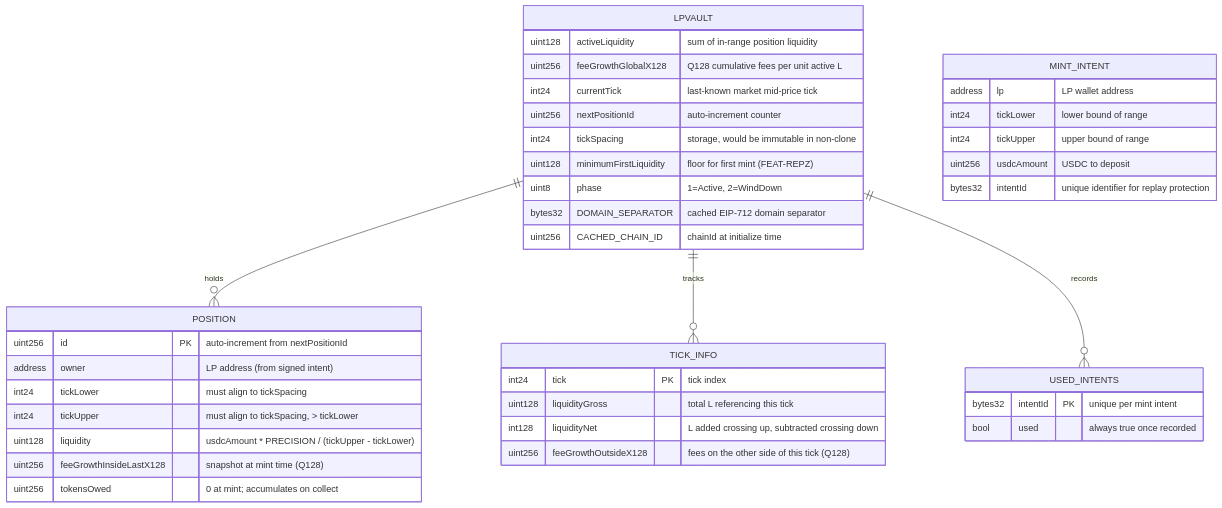
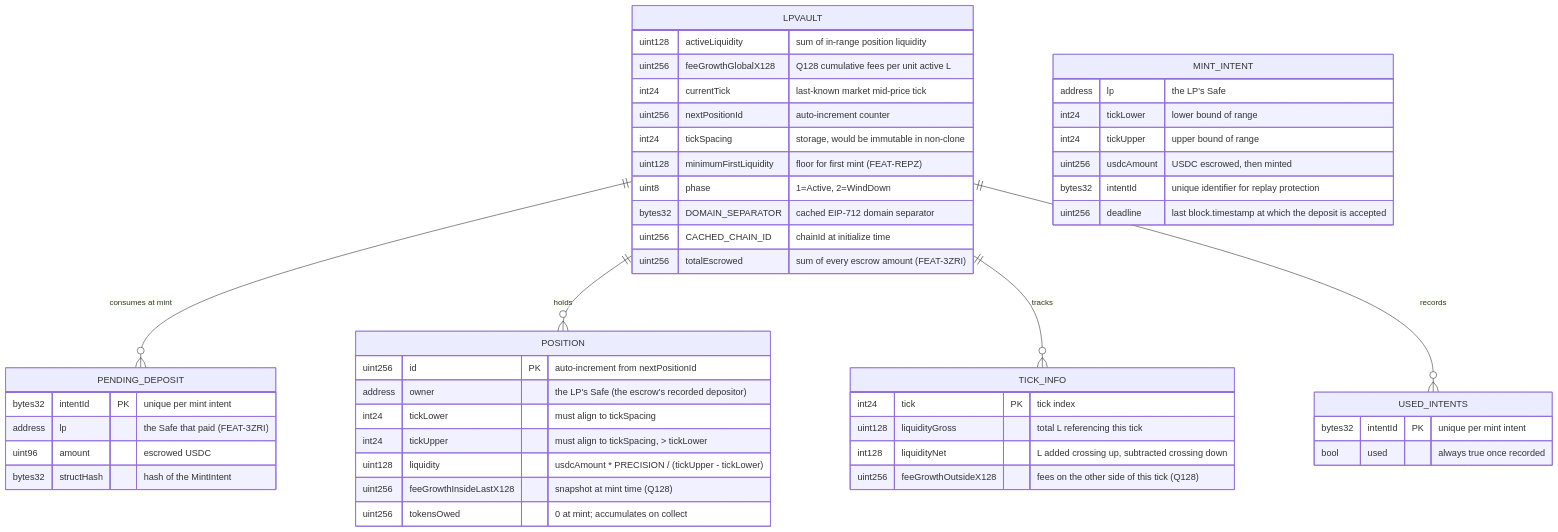
The third of 3 diagrams in specs/features/contracts/FEAT-T7AF-mint-lp-position/ARCHITECTURE.md (ProphetMarket/lp-vaults), drawn with Mermaid before and after one commit. The commit also changed other lines of this file and 38 other files, not shown here.

First line of the commit message:
spec (vault): Specify the per-intent escrow and Safe signatures

````diff
--- a/specs/features/contracts/FEAT-T7AF-mint-lp-position/ARCHITECTURE.md
+++ b/specs/features/contracts/FEAT-T7AF-mint-lp-position/ARCHITECTURE.md
@@ -57,43 +53,52 @@
 ```mermaid
 erDiagram
     LPVAULT {
         uint128 activeLiquidity "sum of in-range position liquidity"
         uint256 feeGrowthGlobalX128 "Q128 cumulative fees per unit active L"
         int24 currentTick "last-known market mid-price tick"
         uint256 nextPositionId "auto-increment counter"
         int24 tickSpacing "storage, would be immutable in non-clone"
         uint128 minimumFirstLiquidity "floor for first mint (FEAT-REPZ)"
         uint8 phase "1=Active, 2=WindDown"
         bytes32 DOMAIN_SEPARATOR "cached EIP-712 domain separator"
         uint256 CACHED_CHAIN_ID "chainId at initialize time"
+        uint256 totalEscrowed "sum of every escrow amount (FEAT-3ZRI)"
+    }
+    LPVAULT ||--o{ PENDING_DEPOSIT : "consumes at mint"
+    PENDING_DEPOSIT {
+        bytes32 intentId PK "unique per mint intent"
+        address lp "the Safe that paid (FEAT-3ZRI)"
+        uint96 amount "escrowed USDC"
+        bytes32 structHash "hash of the MintIntent"
     }
     LPVAULT ||--o{ POSITION : "holds"
     LPVAULT ||--o{ TICK_INFO : "tracks"
     LPVAULT ||--o{ USED_INTENTS : "records"
     POSITION {
         uint256 id PK "auto-increment from nextPositionId"
-        address owner "LP address (from signed intent)"
+        address owner "the LP's Safe (the escrow's recorded depositor)"
         int24 tickLower "must align to tickSpacing"
         int24 tickUpper "must align to tickSpacing, > tickLower"
         uint128 liquidity "usdcAmount * PRECISION / (tickUpper - tickLower)"
         uint256 feeGrowthInsideLastX128 "snapshot at mint time (Q128)"
         uint256 tokensOwed "0 at mint; accumulates on collect"
     }
     TICK_INFO {
         int24 tick PK "tick index"
         uint128 liquidityGross "total L referencing this tick"
         int128 liquidityNet "L added crossing up, subtracted crossing down"
         uint256 feeGrowthOutsideX128 "fees on the other side of this tick (Q128)"
     }
     USED_INTENTS {
         bytes32 intentId PK "unique per mint intent"
         bool used "always true once recorded"
     }
     MINT_INTENT {
-        address lp "LP wallet address"
+        address lp "the LP's Safe"
         int24 tickLower "lower bound of range"
         int24 tickUpper "upper bound of range"
-        uint256 usdcAmount "USDC to deposit"
+        uint256 usdcAmount "USDC escrowed, then minted"
         bytes32 intentId "unique identifier for replay protection"
+        uint256 deadline "last block.timestamp at which the deposit is accepted"
     }
 ```
````
